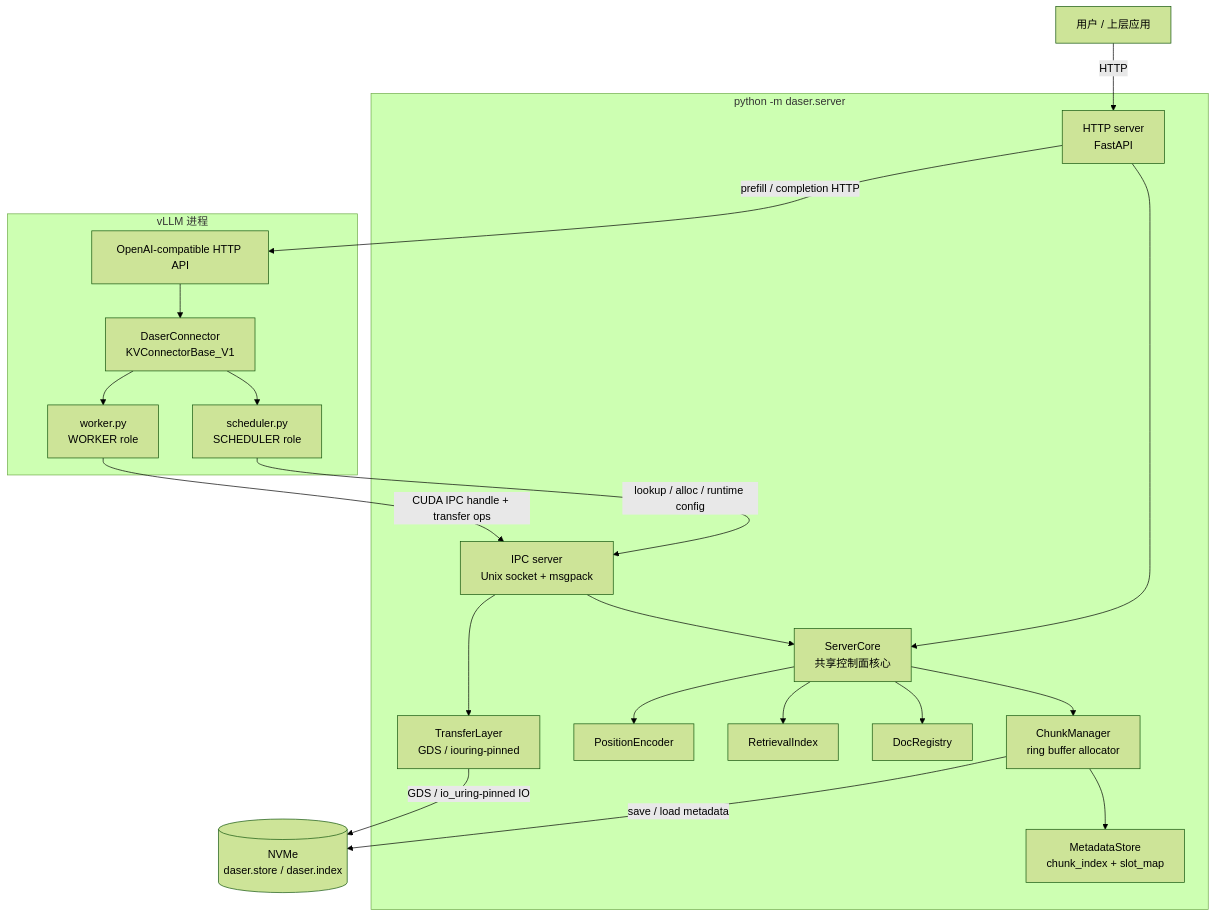
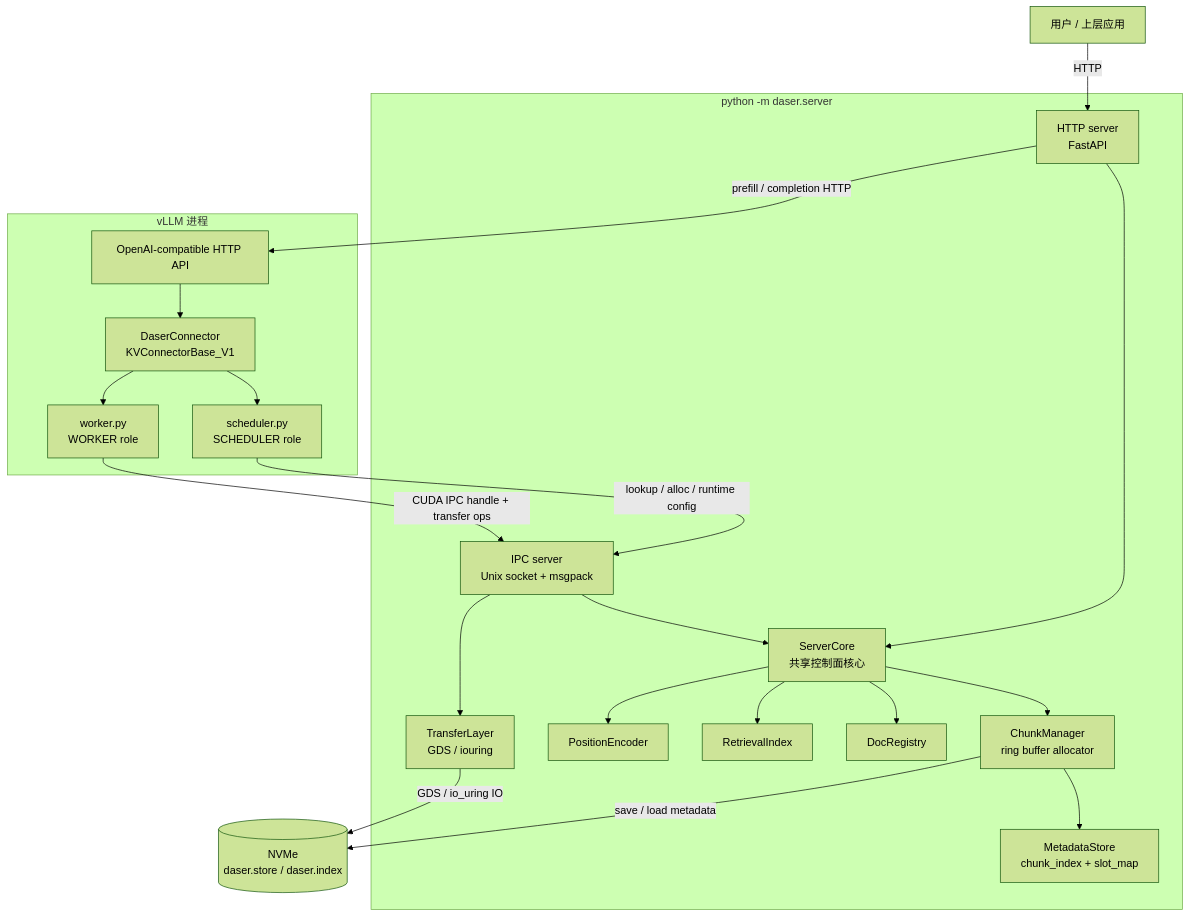
The first of 2 diagrams in docs/design/architecture.md (GentleCold/DaseR), drawn with Mermaid (forest theme) before and after one commit. The commit also changed other lines of this file and 4 other files, not shown here.

````diff
--- a/docs/design/architecture.md
+++ b/docs/design/architecture.md
@@ -11,45 +11,45 @@
 ```mermaid
 graph TB
     User["用户 / 上层应用"]
 
     subgraph server["python -m daser.server"]
         HTTP["HTTP server<br/>FastAPI"]
         IPC["IPC server<br/>Unix socket + msgpack"]
         CORE["ServerCore<br/>共享控制面核心"]
         CM["ChunkManager<br/>ring buffer allocator"]
         MS["MetadataStore<br/>chunk_index + slot_map"]
         DR["DocRegistry"]
         RI["RetrievalIndex"]
         PE["PositionEncoder"]
-        TL["TransferLayer<br/>GDS / iouring-pinned"]
+        TL["TransferLayer<br/>GDS / iouring"]
 
         HTTP --> CORE
         IPC --> CORE
         IPC --> TL
         CORE --> CM
         CORE --> DR
         CORE --> RI
         CORE --> PE
         CM --> MS
     end
 
     subgraph vllm["vLLM 进程"]
         VAPI["OpenAI-compatible HTTP API"]
         DC["DaserConnector<br/>KVConnectorBase_V1"]
         SCHED["scheduler.py<br/>SCHEDULER role"]
         WORKER["worker.py<br/>WORKER role"]
 
         VAPI --> DC
         DC --> SCHED
         DC --> WORKER
     end
 
     NVMe[("NVMe<br/>daser.store / daser.index")]
 
     User -- "HTTP" --> HTTP
     HTTP -- "prefill / completion HTTP" --> VAPI
     SCHED -- "lookup / alloc / runtime config" --> IPC
     WORKER -- "CUDA IPC handle + transfer ops" --> IPC
-    TL -- "GDS / io_uring-pinned IO" --> NVMe
+    TL -- "GDS / io_uring IO" --> NVMe
     CM -- "save / load metadata" --> NVMe
 ```
````
